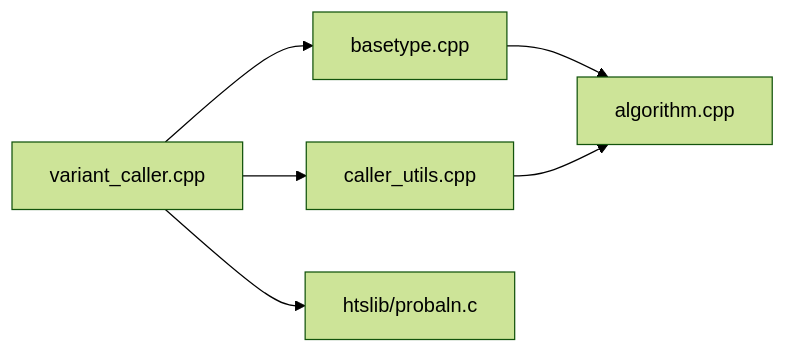
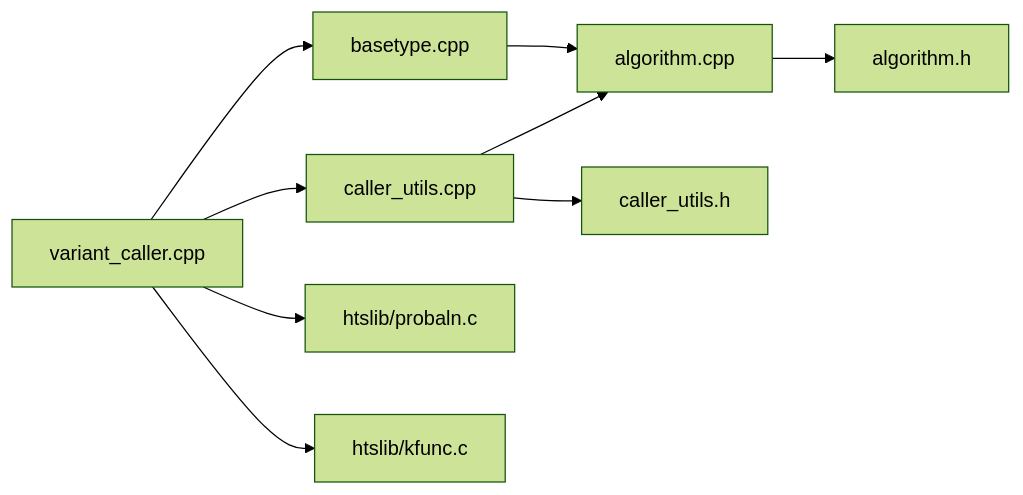
Before and after one commit to ShujiaHuang/BaseVar2: the ninth of 9 diagrams in .qoder/repowiki/en/content/Core Algorithm Architecture/Statistical Models and Probability Calculations.md, drawn with Mermaid (forest theme). The commit also changed other lines of this file and 6 other files, not shown here.

````diff
--- a/.qoder/repowiki/en/content/Core Algorithm Architecture/Statistical Models and Probability Calculations.md
+++ b/.qoder/repowiki/en/content/Core Algorithm Architecture/Statistical Models and Probability Calculations.md
@@ -342,8 +461,11 @@
 ```mermaid
 graph LR
 A["variant_caller.cpp"] --> B["basetype.cpp"]
 B --> C["algorithm.cpp"]
 A --> D["caller_utils.cpp"]
 D --> C
 A --> E["htslib/probaln.c"]
+A --> F["htslib/kfunc.c"]
+C --> G["algorithm.h"]
+D --> H["caller_utils.h"]
 ```
````
